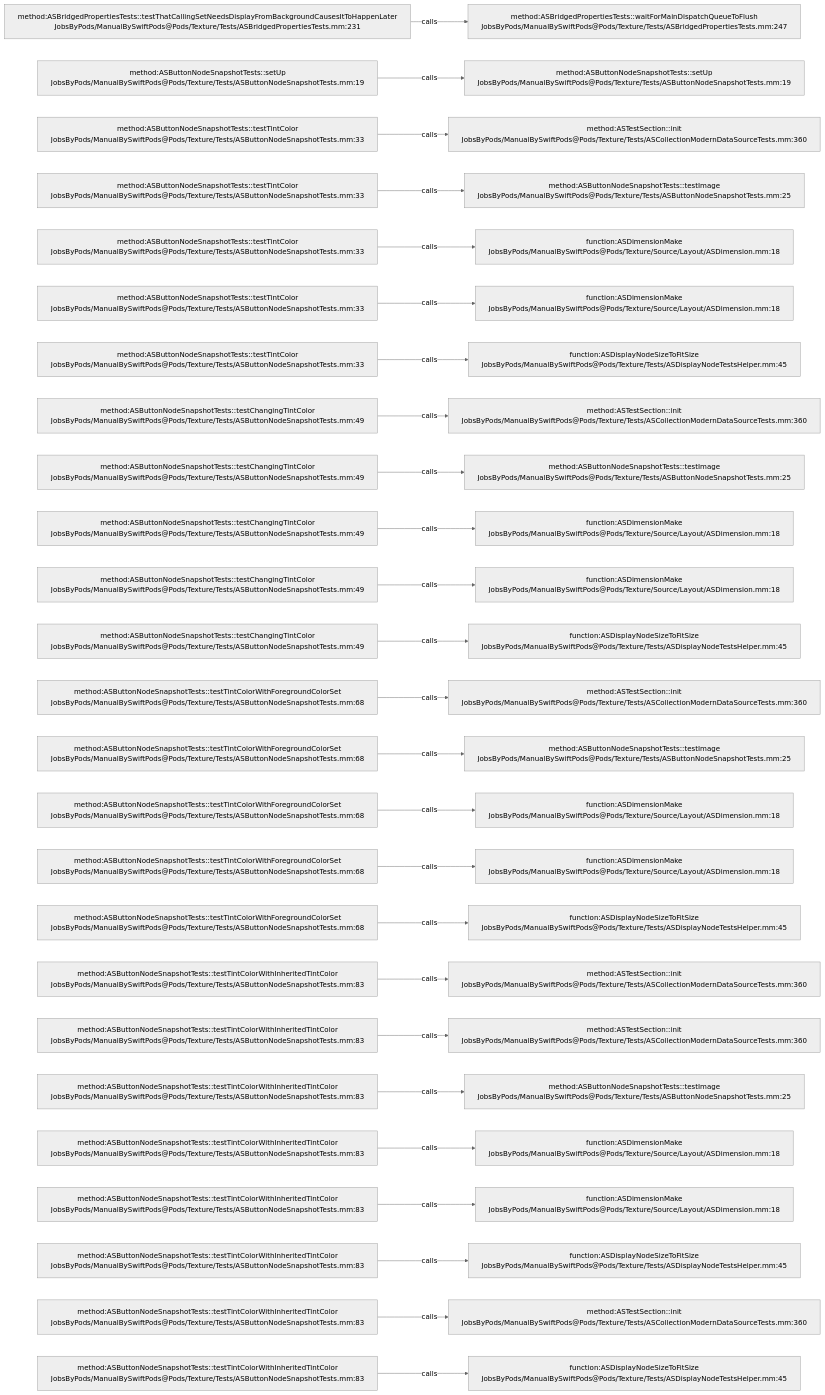
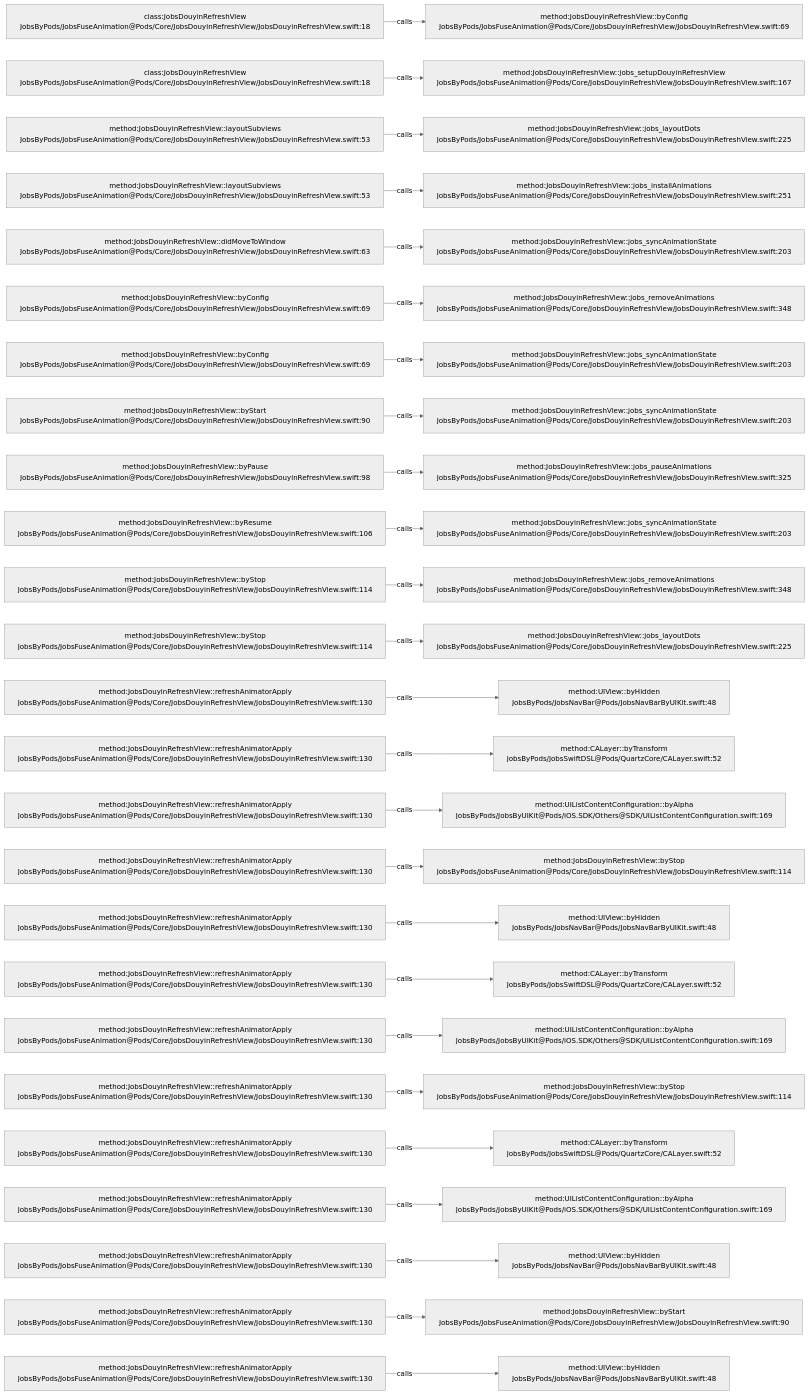
The diagram in .codegraph/codegraph.md/graphs/calls-165.md (JobsKits/JobsSwiftBaseConfigDemo), drawn with Mermaid (neutral theme) before and after one commit. The commit also changed 224 other files, not shown here.

````diff
--- a/.codegraph/codegraph.md/graphs/calls-165.md
+++ b/.codegraph/codegraph.md/graphs/calls-165.md
@@ -13,78 +13,78 @@
 ```mermaid
 flowchart LR
-  S1["method:ASBridgedPropertiesTests::testThatCallingSetNeedsDisplayFromBackgroundCausesItToHappenLater<br/>JobsByPods/ManualBySwiftPods@Pods/Texture/Tests/ASBridgedPropertiesTests.mm:231"]
-  T1["method:ASBridgedPropertiesTests::waitForMainDispatchQueueToFlush<br/>JobsByPods/ManualBySwiftPods@Pods/Texture/Tests/ASBridgedPropertiesTests.mm:247"]
+  S1["class:JobsDouyinRefreshView<br/>JobsByPods/JobsFuseAnimation@Pods/Core/JobsDouyinRefreshView/JobsDouyinRefreshView.swift:18"]
+  T1["method:JobsDouyinRefreshView::byConfig<br/>JobsByPods/JobsFuseAnimation@Pods/Core/JobsDouyinRefreshView/JobsDouyinRefreshView.swift:69"]
   S1 -->|calls| T1
-  S2["method:ASButtonNodeSnapshotTests::setUp<br/>JobsByPods/ManualBySwiftPods@Pods/Texture/Tests/ASButtonNodeSnapshotTests.mm:19"]
-  T2["method:ASButtonNodeSnapshotTests::setUp<br/>JobsByPods/ManualBySwiftPods@Pods/Texture/Tests/ASButtonNodeSnapshotTests.mm:19"]
+  S2["class:JobsDouyinRefreshView<br/>JobsByPods/JobsFuseAnimation@Pods/Core/JobsDouyinRefreshView/JobsDouyinRefreshView.swift:18"]
+  T2["method:JobsDouyinRefreshView::jobs_setupDouyinRefreshView<br/>JobsByPods/JobsFuseAnimation@Pods/Core/JobsDouyinRefreshView/JobsDouyinRefreshView.swift:167"]
   S2 -->|calls| T2
-  S3["method:ASButtonNodeSnapshotTests::testTintColor<br/>JobsByPods/ManualBySwiftPods@Pods/Texture/Tests/ASButtonNodeSnapshotTests.mm:33"]
-  T3["method:ASTestSection::init<br/>JobsByPods/ManualBySwiftPods@Pods/Texture/Tests/ASCollectionModernDataSourceTests.mm:360"]
+  S3["method:JobsDouyinRefreshView::layoutSubviews<br/>JobsByPods/JobsFuseAnimation@Pods/Core/JobsDouyinRefreshView/JobsDouyinRefreshView.swift:53"]
+  T3["method:JobsDouyinRefreshView::jobs_layoutDots<br/>JobsByPods/JobsFuseAnimation@Pods/Core/JobsDouyinRefreshView/JobsDouyinRefreshView.swift:225"]
   S3 -->|calls| T3
-  S4["method:ASButtonNodeSnapshotTests::testTintColor<br/>JobsByPods/ManualBySwiftPods@Pods/Texture/Tests/ASButtonNodeSnapshotTests.mm:33"]
-  T4["method:ASButtonNodeSnapshotTests::testImage<br/>JobsByPods/ManualBySwiftPods@Pods/Texture/Tests/ASButtonNodeSnapshotTests.mm:25"]
+  S4["method:JobsDouyinRefreshView::layoutSubviews<br/>JobsByPods/JobsFuseAnimation@Pods/Core/JobsDouyinRefreshView/JobsDouyinRefreshView.swift:53"]
+  T4["method:JobsDouyinRefreshView::jobs_installAnimations<br/>JobsByPods/JobsFuseAnimation@Pods/Core/JobsDouyinRefreshView/JobsDouyinRefreshView.swift:251"]
   S4 -->|calls| T4
-  S5["method:ASButtonNodeSnapshotTests::testTintColor<br/>JobsByPods/ManualBySwiftPods@Pods/Texture/Tests/ASButtonNodeSnapshotTests.mm:33"]
-  T5["function:ASDimensionMake<br/>JobsByPods/ManualBySwiftPods@Pods/Texture/Source/Layout/ASDimension.mm:18"]
+  S5["method:JobsDouyinRefreshView::didMoveToWindow<br/>JobsByPods/JobsFuseAnimation@Pods/Core/JobsDouyinRefreshView/JobsDouyinRefreshView.swift:63"]
+  T5["method:JobsDouyinRefreshView::jobs_syncAnimationState<br/>JobsByPods/JobsFuseAnimation@Pods/Core/JobsDouyinRefreshView/JobsDouyinRefreshView.swift:203"]
   S5 -->|calls| T5
-  S6["method:ASButtonNodeSnapshotTests::testTintColor<br/>JobsByPods/ManualBySwiftPods@Pods/Texture/Tests/ASButtonNodeSnapshotTests.mm:33"]
-  T6["function:ASDimensionMake<br/>JobsByPods/ManualBySwiftPods@Pods/Texture/Source/Layout/ASDimension.mm:18"]
+  S6["method:JobsDouyinRefreshView::byConfig<br/>JobsByPods/JobsFuseAnimation@Pods/Core/JobsDouyinRefreshView/JobsDouyinRefreshView.swift:69"]
+  T6["method:JobsDouyinRefreshView::jobs_removeAnimations<br/>JobsByPods/JobsFuseAnimation@Pods/Core/JobsDouyinRefreshView/JobsDouyinRefreshView.swift:348"]
   S6 -->|calls| T6
-  S7["method:ASButtonNodeSnapshotTests::testTintColor<br/>JobsByPods/ManualBySwiftPods@Pods/Texture/Tests/ASButtonNodeSnapshotTests.mm:33"]
-  T7["function:ASDisplayNodeSizeToFitSize<br/>JobsByPods/ManualBySwiftPods@Pods/Texture/Tests/ASDisplayNodeTestsHelper.mm:45"]
+  S7["method:JobsDouyinRefreshView::byConfig<br/>JobsByPods/JobsFuseAnimation@Pods/Core/JobsDouyinRefreshView/JobsDouyinRefreshView.swift:69"]
+  T7["method:JobsDouyinRefreshView::jobs_syncAnimationState<br/>JobsByPods/JobsFuseAnimation@Pods/Core/JobsDouyinRefreshView/JobsDouyinRefreshView.swift:203"]
   S7 -->|calls| T7
-  S8["method:ASButtonNodeSnapshotTests::testChangingTintColor<br/>JobsByPods/ManualBySwiftPods@Pods/Texture/Tests/ASButtonNodeSnapshotTests.mm:49"]
-  T8["method:ASTestSection::init<br/>JobsByPods/ManualBySwiftPods@Pods/Texture/Tests/ASCollectionModernDataSourceTests.mm:360"]
+  S8["method:JobsDouyinRefreshView::byStart<br/>JobsByPods/JobsFuseAnimation@Pods/Core/JobsDouyinRefreshView/JobsDouyinRefreshView.swift:90"]
+  T8["method:JobsDouyinRefreshView::jobs_syncAnimationState<br/>JobsByPods/JobsFuseAnimation@Pods/Core/JobsDouyinRefreshView/JobsDouyinRefreshView.swift:203"]
   S8 -->|calls| T8
-  S9["method:ASButtonNodeSnapshotTests::testChangingTintColor<br/>JobsByPods/ManualBySwiftPods@Pods/Texture/Tests/ASButtonNodeSnapshotTests.mm:49"]
-  T9["method:ASButtonNodeSnapshotTests::testImage<br/>JobsByPods/ManualBySwiftPods@Pods/Texture/Tests/ASButtonNodeSnapshotTests.mm:25"]
+  S9["method:JobsDouyinRefreshView::byPause<br/>JobsByPods/JobsFuseAnimation@Pods/Core/JobsDouyinRefreshView/JobsDouyinRefreshView.swift:98"]
+  T9["method:JobsDouyinRefreshView::jobs_pauseAnimations<br/>JobsByPods/JobsFuseAnimation@Pods/Core/JobsDouyinRefreshView/JobsDouyinRefreshView.swift:325"]
   S9 -->|calls| T9
-  S10["method:ASButtonNodeSnapshotTests::testChangingTintColor<br/>JobsByPods/ManualBySwiftPods@Pods/Texture/Tests/ASButtonNodeSnapshotTests.mm:49"]
-  T10["function:ASDimensionMake<br/>JobsByPods/ManualBySwiftPods@Pods/Texture/Source/Layout/ASDimension.mm:18"]
+  S10["method:JobsDouyinRefreshView::byResume<br/>JobsByPods/JobsFuseAnimation@Pods/Core/JobsDouyinRefreshView/JobsDouyinRefreshView.swift:106"]
+  T10["method:JobsDouyinRefreshView::jobs_syncAnimationState<br/>JobsByPods/JobsFuseAnimation@Pods/Core/JobsDouyinRefreshView/JobsDouyinRefreshView.swift:203"]
   S10 -->|calls| T10
-  S11["method:ASButtonNodeSnapshotTests::testChangingTintColor<br/>JobsByPods/ManualBySwiftPods@Pods/Texture/Tests/ASButtonNodeSnapshotTests.mm:49"]
-  T11["function:ASDimensionMake<br/>JobsByPods/ManualBySwiftPods@Pods/Texture/Source/Layout/ASDimension.mm:18"]
+  S11["method:JobsDouyinRefreshView::byStop<br/>JobsByPods/JobsFuseAnimation@Pods/Core/JobsDouyinRefreshView/JobsDouyinRefreshView.swift:114"]
+  T11["method:JobsDouyinRefreshView::jobs_removeAnimations<br/>JobsByPods/JobsFuseAnimation@Pods/Core/JobsDouyinRefreshView/JobsDouyinRefreshView.swift:348"]
   S11 -->|calls| T11
-  S12["method:ASButtonNodeSnapshotTests::testChangingTintColor<br/>JobsByPods/ManualBySwiftPods@Pods/Texture/Tests/ASButtonNodeSnapshotTests.mm:49"]
-  T12["function:ASDisplayNodeSizeToFitSize<br/>JobsByPods/ManualBySwiftPods@Pods/Texture/Tests/ASDisplayNodeTestsHelper.mm:45"]
+  S12["method:JobsDouyinRefreshView::byStop<br/>JobsByPods/JobsFuseAnimation@Pods/Core/JobsDouyinRefreshView/JobsDouyinRefreshView.swift:114"]
+  T12["method:JobsDouyinRefreshView::jobs_layoutDots<br/>JobsByPods/JobsFuseAnimation@Pods/Core/JobsDouyinRefreshView/JobsDouyinRefreshView.swift:225"]
   S12 -->|calls| T12
-  S13["method:ASButtonNodeSnapshotTests::testTintColorWithForegroundColorSet<br/>JobsByPods/ManualBySwiftPods@Pods/Texture/Tests/ASButtonNodeSnapshotTests.mm:68"]
-  T13["method:ASTestSection::init<br/>JobsByPods/ManualBySwiftPods@Pods/Texture/Tests/ASCollectionModernDataSourceTests.mm:360"]
+  S13["method:JobsDouyinRefreshView::refreshAnimatorApply<br/>JobsByPods/JobsFuseAnimation@Pods/Core/JobsDouyinRefreshView/JobsDouyinRefreshView.swift:130"]
+  T13["method:UIView::byHidden<br/>JobsByPods/JobsNavBar@Pods/JobsNavBarByUIKit.swift:48"]
   S13 -->|calls| T13
-  S14["method:ASButtonNodeSnapshotTests::testTintColorWithForegroundColorSet<br/>JobsByPods/ManualBySwiftPods@Pods/Texture/Tests/ASButtonNodeSnapshotTests.mm:68"]
-  T14["method:ASButtonNodeSnapshotTests::testImage<br/>JobsByPods/ManualBySwiftPods@Pods/Texture/Tests/ASButtonNodeSnapshotTests.mm:25"]
+  S14["method:JobsDouyinRefreshView::refreshAnimatorApply<br/>JobsByPods/JobsFuseAnimation@Pods/Core/JobsDouyinRefreshView/JobsDouyinRefreshView.swift:130"]
+  T14["method:CALayer::byTransform<br/>JobsByPods/JobsSwiftDSL@Pods/QuartzCore/CALayer.swift:52"]
   S14 -->|calls| T14
-  S15["method:ASButtonNodeSnapshotTests::testTintColorWithForegroundColorSet<br/>JobsByPods/ManualBySwiftPods@Pods/Texture/Tests/ASButtonNodeSnapshotTests.mm:68"]
-  T15["function:ASDimensionMake<br/>JobsByPods/ManualBySwiftPods@Pods/Texture/Source/Layout/ASDimension.mm:18"]
+  S15["method:JobsDouyinRefreshView::refreshAnimatorApply<br/>JobsByPods/JobsFuseAnimation@Pods/Core/JobsDouyinRefreshView/JobsDouyinRefreshView.swift:130"]
+  T15["method:UIListContentConfiguration::byAlpha<br/>JobsByPods/JobsByUIKit@Pods/iOS.SDK/Others@SDK/UIListContentConfiguration.swift:169"]
   S15 -->|calls| T15
-  S16["method:ASButtonNodeSnapshotTests::testTintColorWithForegroundColorSet<br/>JobsByPods/ManualBySwiftPods@Pods/Texture/Tests/ASButtonNodeSnapshotTests.mm:68"]
-  T16["function:ASDimensionMake<br/>JobsByPods/ManualBySwiftPods@Pods/Texture/Source/Layout/ASDimension.mm:18"]
+  S16["method:JobsDouyinRefreshView::refreshAnimatorApply<br/>JobsByPods/JobsFuseAnimation@Pods/Core/JobsDouyinRefreshView/JobsDouyinRefreshView.swift:130"]
+  T16["method:JobsDouyinRefreshView::byStop<br/>JobsByPods/JobsFuseAnimation@Pods/Core/JobsDouyinRefreshView/JobsDouyinRefreshView.swift:114"]
   S16 -->|calls| T16
-  S17["method:ASButtonNodeSnapshotTests::testTintColorWithForegroundColorSet<br/>JobsByPods/ManualBySwiftPods@Pods/Texture/Tests/ASButtonNodeSnapshotTests.mm:68"]
-  T17["function:ASDisplayNodeSizeToFitSize<br/>JobsByPods/ManualBySwiftPods@Pods/Texture/Tests/ASDisplayNodeTestsHelper.mm:45"]
+  S17["method:JobsDouyinRefreshView::refreshAnimatorApply<br/>JobsByPods/JobsFuseAnimation@Pods/Core/JobsDouyinRefreshView/JobsDouyinRefreshView.swift:130"]
+  T17["method:UIView::byHidden<br/>JobsByPods/JobsNavBar@Pods/JobsNavBarByUIKit.swift:48"]
   S17 -->|calls| T17
-  S18["method:ASButtonNodeSnapshotTests::testTintColorWithInheritedTintColor<br/>JobsByPods/ManualBySwiftPods@Pods/Texture/Tests/ASButtonNodeSnapshotTests.mm:83"]
-  T18["method:ASTestSection::init<br/>JobsByPods/ManualBySwiftPods@Pods/Texture/Tests/ASCollectionModernDataSourceTests.mm:360"]
+  S18["method:JobsDouyinRefreshView::refreshAnimatorApply<br/>JobsByPods/JobsFuseAnimation@Pods/Core/JobsDouyinRefreshView/JobsDouyinRefreshView.swift:130"]
+  T18["method:CALayer::byTransform<br/>JobsByPods/JobsSwiftDSL@Pods/QuartzCore/CALayer.swift:52"]
   S18 -->|calls| T18
-  S19["method:ASButtonNodeSnapshotTests::testTintColorWithInheritedTintColor<br/>JobsByPods/ManualBySwiftPods@Pods/Texture/Tests/ASButtonNodeSnapshotTests.mm:83"]
-  T19["method:ASTestSection::init<br/>JobsByPods/ManualBySwiftPods@Pods/Texture/Tests/ASCollectionModernDataSourceTests.mm:360"]
+  S19["method:JobsDouyinRefreshView::refreshAnimatorApply<br/>JobsByPods/JobsFuseAnimation@Pods/Core/JobsDouyinRefreshView/JobsDouyinRefreshView.swift:130"]
+  T19["method:UIListContentConfiguration::byAlpha<br/>JobsByPods/JobsByUIKit@Pods/iOS.SDK/Others@SDK/UIListContentConfiguration.swift:169"]
   S19 -->|calls| T19
-  S20["method:ASButtonNodeSnapshotTests::testTintColorWithInheritedTintColor<br/>JobsByPods/ManualBySwiftPods@Pods/Texture/Tests/ASButtonNodeSnapshotTests.mm:83"]
-  T20["method:ASButtonNodeSnapshotTests::testImage<br/>JobsByPods/ManualBySwiftPods@Pods/Texture/Tests/ASButtonNodeSnapshotTests.mm:25"]
+  S20["method:JobsDouyinRefreshView::refreshAnimatorApply<br/>JobsByPods/JobsFuseAnimation@Pods/Core/JobsDouyinRefreshView/JobsDouyinRefreshView.swift:130"]
+  T20["method:JobsDouyinRefreshView::byStop<br/>JobsByPods/JobsFuseAnimation@Pods/Core/JobsDouyinRefreshView/JobsDouyinRefreshView.swift:114"]
   S20 -->|calls| T20
-  S21["method:ASButtonNodeSnapshotTests::testTintColorWithInheritedTintColor<br/>JobsByPods/ManualBySwiftPods@Pods/Texture/Tests/ASButtonNodeSnapshotTests.mm:83"]
-  T21["function:ASDimensionMake<br/>JobsByPods/ManualBySwiftPods@Pods/Texture/Source/Layout/ASDimension.mm:18"]
+  S21["method:JobsDouyinRefreshView::refreshAnimatorApply<br/>JobsByPods/JobsFuseAnimation@Pods/Core/JobsDouyinRefreshView/JobsDouyinRefreshView.swift:130"]
+  T21["method:CALayer::byTransform<br/>JobsByPods/JobsSwiftDSL@Pods/QuartzCore/CALayer.swift:52"]
   S21 -->|calls| T21
-  S22["method:ASButtonNodeSnapshotTests::testTintColorWithInheritedTintColor<br/>JobsByPods/ManualBySwiftPods@Pods/Texture/Tests/ASButtonNodeSnapshotTests.mm:83"]
-  T22["function:ASDimensionMake<br/>JobsByPods/ManualBySwiftPods@Pods/Texture/Source/Layout/ASDimension.mm:18"]
+  S22["method:JobsDouyinRefreshView::refreshAnimatorApply<br/>JobsByPods/JobsFuseAnimation@Pods/Core/JobsDouyinRefreshView/JobsDouyinRefreshView.swift:130"]
+  T22["method:UIListContentConfiguration::byAlpha<br/>JobsByPods/JobsByUIKit@Pods/iOS.SDK/Others@SDK/UIListContentConfiguration.swift:169"]
   S22 -->|calls| T22
-  S23["method:ASButtonNodeSnapshotTests::testTintColorWithInheritedTintColor<br/>JobsByPods/ManualBySwiftPods@Pods/Texture/Tests/ASButtonNodeSnapshotTests.mm:83"]
-  T23["function:ASDisplayNodeSizeToFitSize<br/>JobsByPods/ManualBySwiftPods@Pods/Texture/Tests/ASDisplayNodeTestsHelper.mm:45"]
+  S23["method:JobsDouyinRefreshView::refreshAnimatorApply<br/>JobsByPods/JobsFuseAnimation@Pods/Core/JobsDouyinRefreshView/JobsDouyinRefreshView.swift:130"]
+  T23["method:UIView::byHidden<br/>JobsByPods/JobsNavBar@Pods/JobsNavBarByUIKit.swift:48"]
   S23 -->|calls| T23
-  S24["method:ASButtonNodeSnapshotTests::testTintColorWithInheritedTintColor<br/>JobsByPods/ManualBySwiftPods@Pods/Texture/Tests/ASButtonNodeSnapshotTests.mm:83"]
-  T24["method:ASTestSection::init<br/>JobsByPods/ManualBySwiftPods@Pods/Texture/Tests/ASCollectionModernDataSourceTests.mm:360"]
+  S24["method:JobsDouyinRefreshView::refreshAnimatorApply<br/>JobsByPods/JobsFuseAnimation@Pods/Core/JobsDouyinRefreshView/JobsDouyinRefreshView.swift:130"]
+  T24["method:JobsDouyinRefreshView::byStart<br/>JobsByPods/JobsFuseAnimation@Pods/Core/JobsDouyinRefreshView/JobsDouyinRefreshView.swift:90"]
   S24 -->|calls| T24
-  S25["method:ASButtonNodeSnapshotTests::testTintColorWithInheritedTintColor<br/>JobsByPods/ManualBySwiftPods@Pods/Texture/Tests/ASButtonNodeSnapshotTests.mm:83"]
-  T25["function:ASDisplayNodeSizeToFitSize<br/>JobsByPods/ManualBySwiftPods@Pods/Texture/Tests/ASDisplayNodeTestsHelper.mm:45"]
+  S25["method:JobsDouyinRefreshView::refreshAnimatorApply<br/>JobsByPods/JobsFuseAnimation@Pods/Core/JobsDouyinRefreshView/JobsDouyinRefreshView.swift:130"]
+  T25["method:UIView::byHidden<br/>JobsByPods/JobsNavBar@Pods/JobsNavBarByUIKit.swift:48"]
   S25 -->|calls| T25
 ```
````
